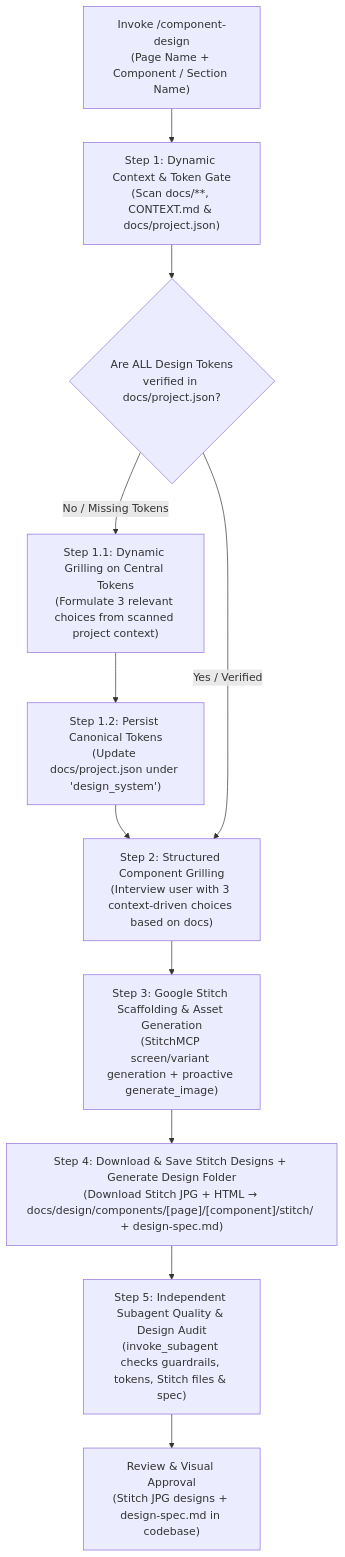
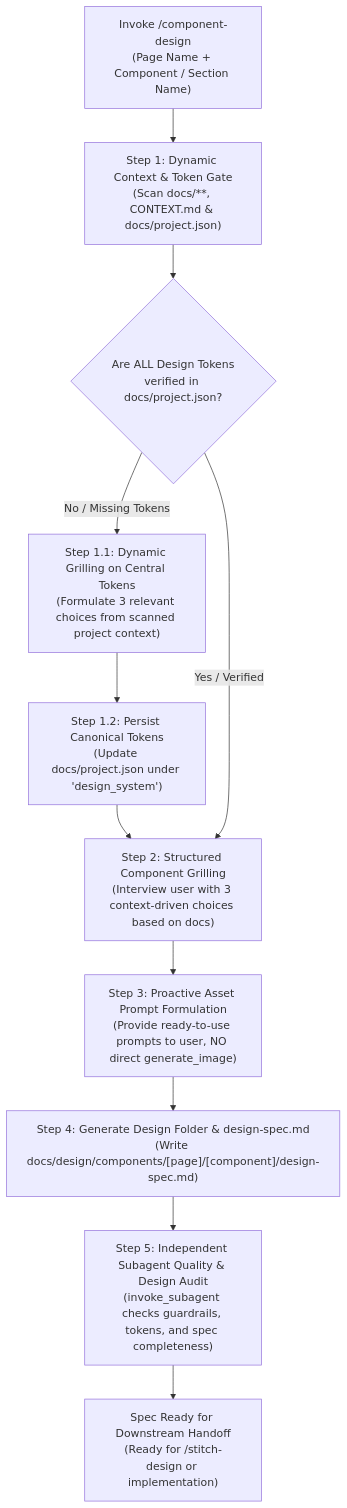
Before and after one commit to BIGboss248/aminwebsite: the diagram in .agents/skills/component-design/SKILL.md, drawn with Mermaid. The commit also changed other lines of this file and 2 other files, not shown here.

Commit message:
chore: separated stitch design since it has low credit pool

````diff
--- a/.agents/skills/component-design/SKILL.md
+++ b/.agents/skills/component-design/SKILL.md
@@ -25,13 +29,13 @@
 ```mermaid
 flowchart TD
     Start["Invoke /component-design<br/>(Page Name + Component / Section Name)"] --> Step1["Step 1: Dynamic Context & Token Gate<br/>(Scan docs/**, CONTEXT.md & docs/project.json)"]
     Step1 --> CheckTokens{"Are ALL Design Tokens<br/>verified in docs/project.json?"}
     CheckTokens -- "No / Missing Tokens" --> GrillTokens["Step 1.1: Dynamic Grilling on Central Tokens<br/>(Formulate 3 relevant choices from scanned project context)"]
     GrillTokens --> SaveTokens["Step 1.2: Persist Canonical Tokens<br/>(Update docs/project.json under 'design_system')"]
     SaveTokens --> Step2
     CheckTokens -- "Yes / Verified" --> Step2["Step 2: Structured Component Grilling<br/>(Interview user with 3 context-driven choices based on docs)"]
-    Step2 --> Step3["Step 3: Google Stitch Scaffolding & Asset Generation<br/>(StitchMCP screen/variant generation + proactive generate_image)"]
-    Step3 --> Step4["Step 4: Download & Save Stitch Designs + Generate Design Folder<br/>(Download Stitch JPG + HTML → docs/design/components/[page]/[component]/stitch/ + design-spec.md)"]
-    Step4 --> Step5["Step 5: Independent Subagent Quality & Design Audit<br/>(invoke_subagent checks guardrails, tokens, Stitch files & spec)"]
-    Step5 --> Finish["Review & Visual Approval<br/>(Stitch JPG designs + design-spec.md in codebase)"]
+    Step2 --> Step3["Step 3: Proactive Asset Prompt Formulation<br/>(Provide ready-to-use prompts to user, NO direct generate_image)"]
+    Step3 --> Step4["Step 4: Generate Design Folder & design-spec.md<br/>(Write docs/design/components/[page]/[component]/design-spec.md)"]
+    Step4 --> Step5["Step 5: Independent Subagent Quality & Design Audit<br/>(invoke_subagent checks guardrails, tokens, and spec completeness)"]
+    Step5 --> Finish["Spec Ready for Downstream Handoff<br/>(Ready for /stitch-design or implementation)"]
 ```
````
